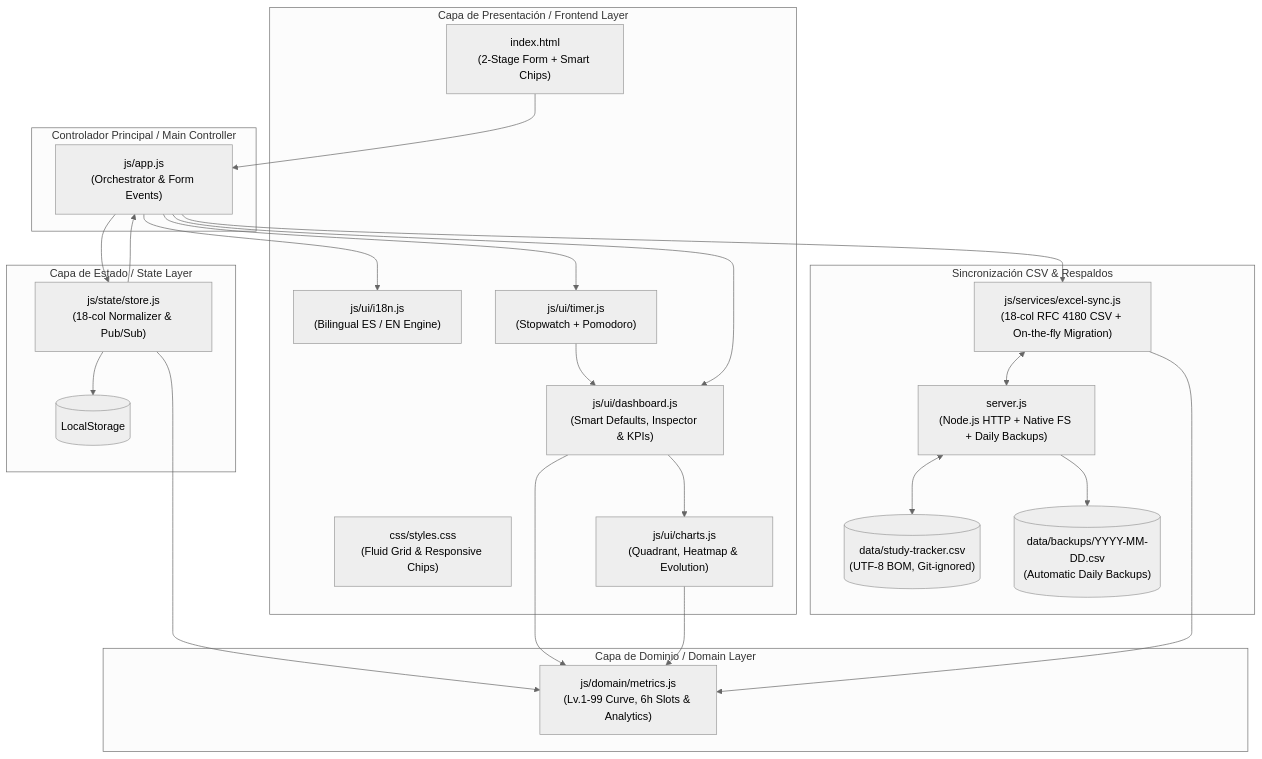
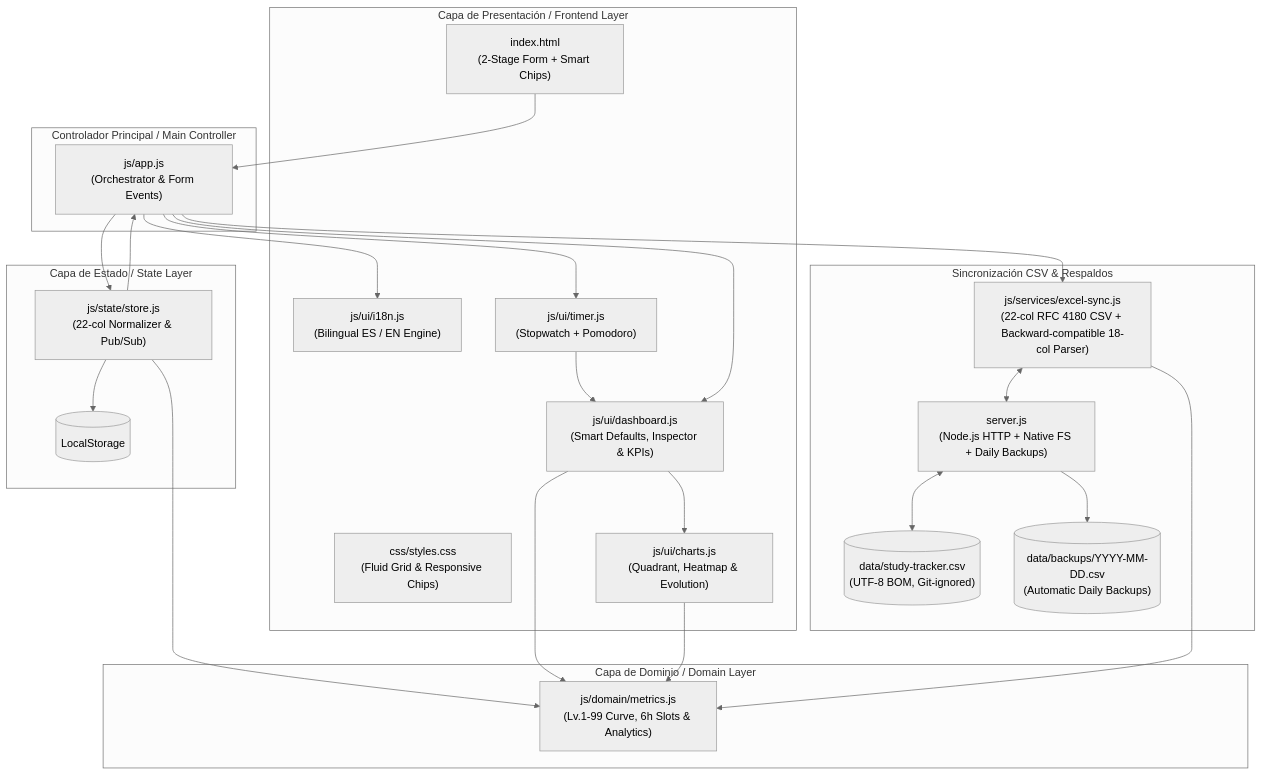
The diagram in README.md (carloamezcua/study-tracker), drawn with Mermaid (neutral theme) before and after one commit. The commit also changed other lines of this file and 1 other file, not shown here.

````diff
--- a/README.md
+++ b/README.md
@@ -67,49 +81,49 @@
 ```mermaid
 flowchart TD
     subgraph UI["Capa de Presentación / Frontend Layer"]
         HTML["index.html\n(2-Stage Form + Smart Chips)"]
         CSS["css/styles.css\n(Fluid Grid & Responsive Chips)"]
         I18N["js/ui/i18n.js\n(Bilingual ES / EN Engine)"]
         TIMER["js/ui/timer.js\n(Stopwatch + Pomodoro)"]
         DASH["js/ui/dashboard.js\n(Smart Defaults, Inspector & KPIs)"]
         CHARTS["js/ui/charts.js\n(Quadrant, Heatmap & Evolution)"]
     end
 
     subgraph Controller["Controlador Principal / Main Controller"]
         APP["js/app.js\n(Orchestrator & Form Events)"]
     end
 
     subgraph State["Capa de Estado / State Layer"]
-        STORE["js/state/store.js\n(18-col Normalizer & Pub/Sub)"]
+        STORE["js/state/store.js\n(22-col Normalizer & Pub/Sub)"]
         LS[("LocalStorage")]
     end
 
     subgraph Domain["Capa de Dominio / Domain Layer"]
         METRICS["js/domain/metrics.js\n(Lv.1-99 Curve, 6h Slots & Analytics)"]
     end
 
     subgraph Sync["Sincronización CSV & Respaldos"]
-        SYNC["js/services/excel-sync.js\n(18-col RFC 4180 CSV + On-the-fly Migration)"]
+        SYNC["js/services/excel-sync.js\n(22-col RFC 4180 CSV + Backward-compatible 18-col Parser)"]
         SERVER["server.js\n(Node.js HTTP + Native FS + Daily Backups)"]
         CSV[("data/study-tracker.csv\n(UTF-8 BOM, Git-ignored)")]
         BACKUPS[("data/backups/YYYY-MM-DD.csv\n(Automatic Daily Backups)")]
     end
 
     HTML --> APP
     APP --> I18N
     APP --> TIMER
     TIMER --> DASH
     APP --> STORE
     STORE --> LS
     STORE --> APP
     APP --> DASH
     DASH --> CHARTS
     APP --> SYNC
     SYNC <--> SERVER
     SERVER <--> CSV
     SERVER --> BACKUPS
     STORE --> METRICS
     DASH --> METRICS
     CHARTS --> METRICS
     SYNC --> METRICS
 ```
````
